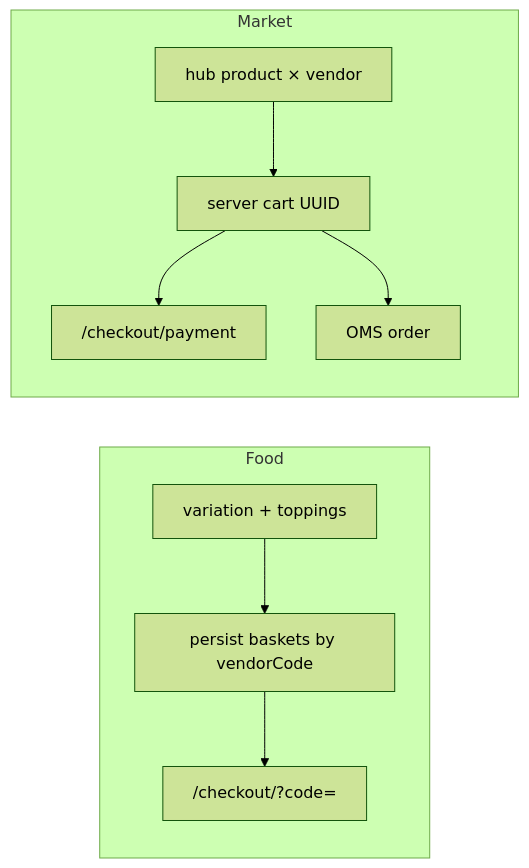
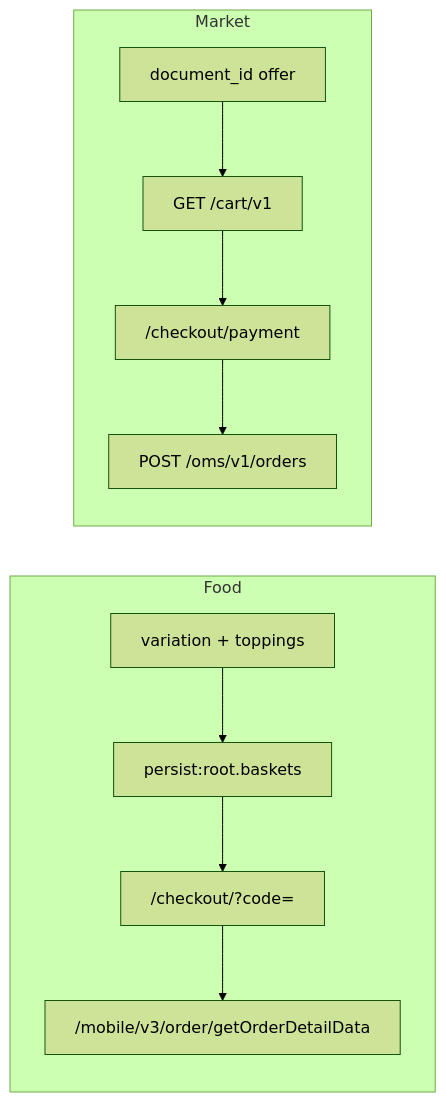
One commit to erfnzdeh/snapp-hack changed diagram 11 of 12 in README.md. Above: the diagram before and after it, drawn with Mermaid (forest theme). The commit also changed other lines of this file, not shown here.

````diff
--- a/README.md
+++ b/README.md
@@ -404,12 +772,13 @@
 ```mermaid
 flowchart LR
   subgraph foodCart [Food]
-    PV["variation + toppings"] --> PB["persist baskets by vendorCode"]
+    PV["variation + toppings"] --> PB["persist:root.baskets"]
     PB --> FCO["/checkout/?code="]
+    FCO --> FO["/mobile/v3/order/getOrderDetailData"]
   end
   subgraph mCart [Market]
-    VP["hub product × vendor"] --> UUID["server cart UUID"]
+    VP["document_id offer"] --> UUID["GET /cart/v1"]
     UUID --> MCO["/checkout/payment"]
-    UUID --> OMS["OMS order"]
+    MCO --> OMS["POST /oms/v1/orders"]
   end
 ```
````
